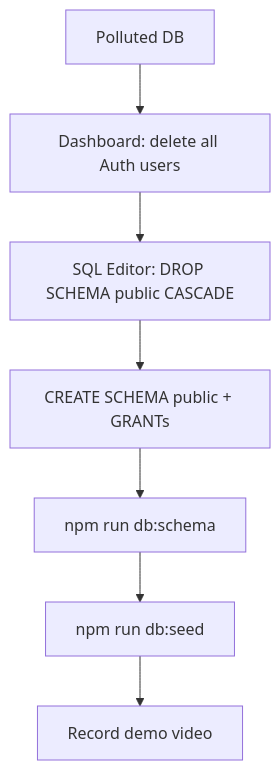
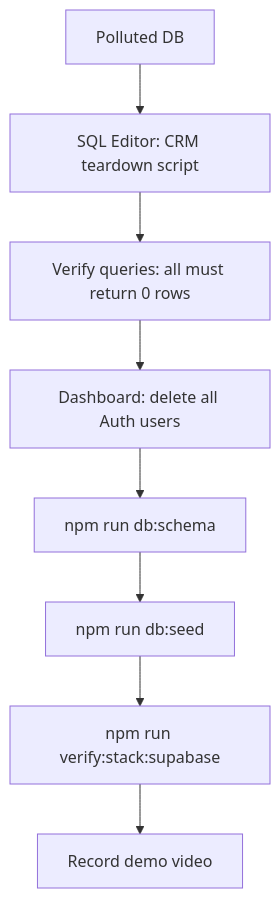
The diagram in docs/database-setup.md (lester-01/sinc_crm), drawn with Mermaid before and after one commit. The commit also changed other lines of this file and 1 other file, not shown here.

First line of the commit message:
docs(db): replace DROP SCHEMA reset with CRM teardown workflow

````diff
--- a/docs/database-setup.md
+++ b/docs/database-setup.md
@@ -325,9 +439,10 @@
 ```mermaid
 flowchart TD
-  start[Polluted DB] --> deleteAuth["Dashboard: delete all Auth users"]
-  deleteAuth --> dropSchema["SQL Editor: DROP SCHEMA public CASCADE"]
-  dropSchema --> recreateSchema["CREATE SCHEMA public + GRANTs"]
-  recreateSchema --> npmSchema["npm run db:schema"]
+  start[Polluted DB] --> teardown["SQL Editor: CRM teardown script"]
+  teardown --> verify["Verify queries: all must return 0 rows"]
+  verify --> deleteAuth["Dashboard: delete all Auth users"]
+  deleteAuth --> npmSchema["npm run db:schema"]
   npmSchema --> npmSeed["npm run db:seed"]
-  npmSeed --> demo[Record demo video]
+  npmSeed --> npmVerify["npm run verify:stack:supabase"]
+  npmVerify --> demo[Record demo video]
 ```
````
